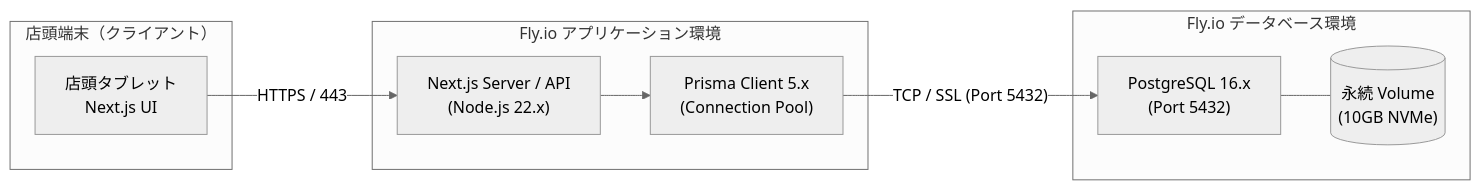
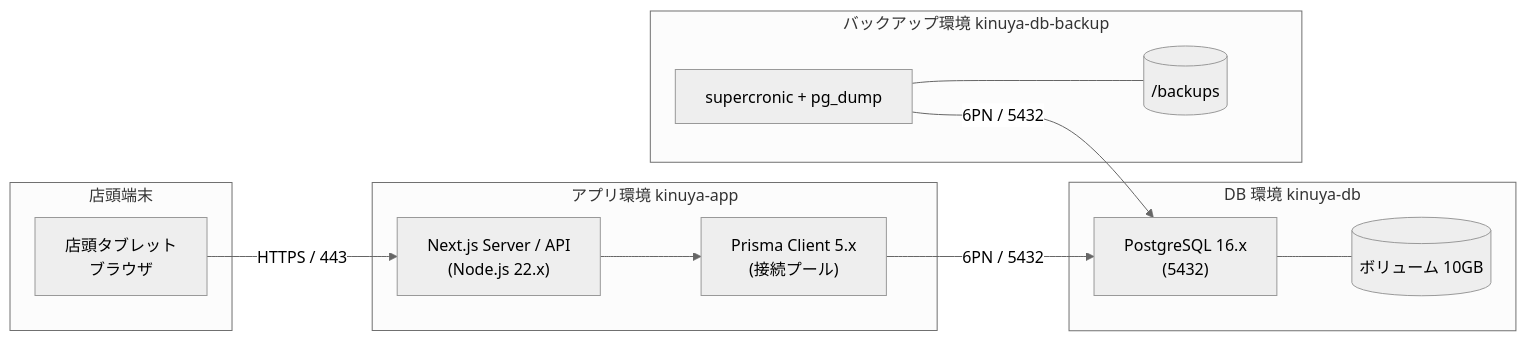
One commit to specdojo/specdojo changed the diagram in docs/ja/specdojo/samples/tsd-sample.md. Above: the diagram before and after it, drawn with Mermaid (neutral theme). The commit also changed other lines of this file and 5 other files, not shown here.

````diff
--- a/docs/ja/specdojo/samples/tsd-sample.md
+++ b/docs/ja/specdojo/samples/tsd-sample.md
@@ -70,21 +75,28 @@
 ```mermaid
 graph LR
-  subgraph Client["店頭端末（クライアント）"]
-    Tablet["店頭タブレット<br/>Next.js UI"]
+  subgraph Client["店頭端末"]
+    Tablet["店頭タブレット<br/>ブラウザ"]
   end
 
-  subgraph Server["Fly.io アプリケーション環境"]
-    App["Next.js Server / API<br/>(Node.js 22.x)"]
-    PrismaClient["Prisma Client 5.x<br/>(Connection Pool)"]
+  subgraph App["アプリ環境 kinuya-app"]
+    Next["Next.js Server / API<br/>(Node.js 22.x)"]
+    PrismaClient["Prisma Client 5.x<br/>(接続プール)"]
   end
 
-  subgraph Database["Fly.io データベース環境"]
-    PG["PostgreSQL 16.x<br/>(Port 5432)"]
-    Volume[("永続 Volume<br/>(10GB NVMe)")]
+  subgraph DB["DB 環境 kinuya-db"]
+    PG["PostgreSQL 16.x<br/>(5432)"]
+    Volume[("ボリューム 10GB")]
   end
 
-  Tablet -->|HTTPS / 443| App
-  App --> PrismaClient
-  PrismaClient -->|"TCP / SSL (Port 5432)"| PG
+  subgraph Backup["バックアップ環境 kinuya-db-backup"]
+    Cron["supercronic + pg_dump"]
+    BackupVolume[("/backups")]
+  end
+
+  Tablet -->|"HTTPS / 443"| Next
+  Next --> PrismaClient
+  PrismaClient -->|"6PN / 5432"| PG
+  Cron -->|"6PN / 5432"| PG
   PG --- Volume
+  Cron --- BackupVolume
 ```
````
